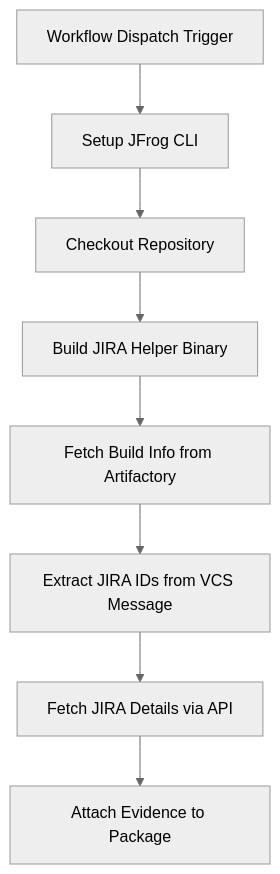
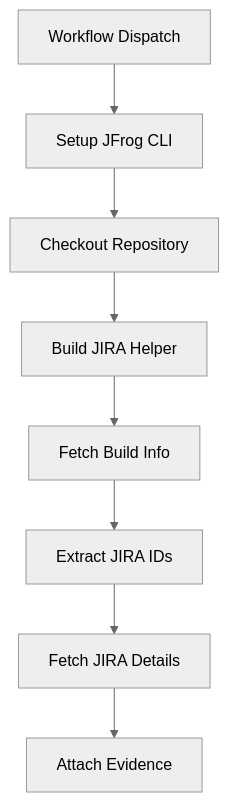
The diagram in jira/README.md (Rodi26/AppTrustDemo), drawn with Mermaid (neutral theme) before and after one commit. The commit also changed other lines of this file and 22 other files, not shown here.

````diff
--- a/jira/README.md
+++ b/jira/README.md
@@ -21,10 +15,10 @@
 ```mermaid
 graph TD
-    A[Workflow Dispatch Trigger] --> B[Setup JFrog CLI]
+    A[Workflow Dispatch] --> B[Setup JFrog CLI]
     B --> C[Checkout Repository]
-    C --> D[Build JIRA Helper Binary]
-    D --> E[Fetch Build Info from Artifactory]
-    E --> F[Extract JIRA IDs from VCS Message]
-    F --> G[Fetch JIRA Details via API]
-    G --> H[Attach Evidence to Package]
+    C --> D[Build JIRA Helper]
+    D --> E[Fetch Build Info]
+    E --> F[Extract JIRA IDs]
+    F --> G[Fetch JIRA Details]
+    G --> H[Attach Evidence]
 ```
````
